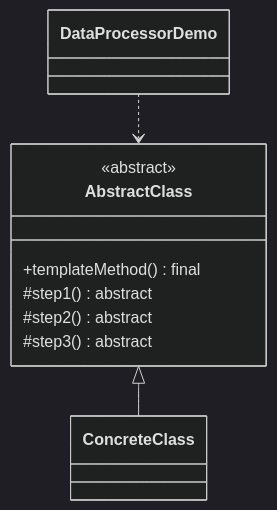
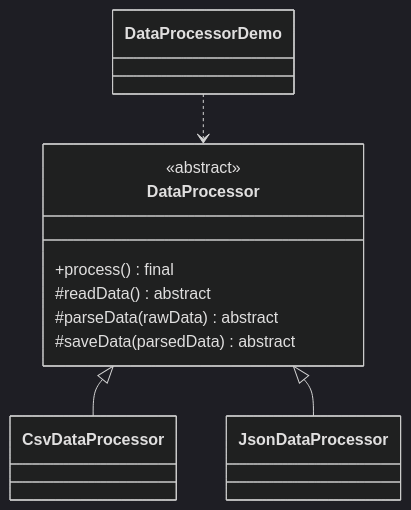
One commit to JulianZhuCode/23-design-pattern changed the second of 2 diagrams in design-patternz/src/main/java/com/zhuzz/design/patternz/templatemethod/dataprocessor/README.zh.md. Above: the diagram before and after it, drawn with Mermaid (dark theme). The commit also changed other lines of this file and 19 other files, not shown here.

````diff
--- a/design-patternz/src/main/java/com/zhuzz/design/patternz/templatemethod/dataprocessor/README.zh.md
+++ b/design-patternz/src/main/java/com/zhuzz/design/patternz/templatemethod/dataprocessor/README.zh.md
@@ -34,15 +35,17 @@
 ```mermaid
 classDiagram
-    class AbstractClass {
+    class DataProcessor {
         <<abstract>>
-        +templateMethod() final
-        #step1() abstract
-        #step2() abstract
-        #step3() abstract
+        +process() final
+        #readData() abstract
+        #parseData(rawData) abstract
+        #saveData(parsedData) abstract
     }
-    class ConcreteClass
+    class CsvDataProcessor
+    class JsonDataProcessor
     class DataProcessorDemo
 
-    AbstractClass <|-- ConcreteClass
-    DataProcessorDemo ..> AbstractClass
+    DataProcessor <|-- CsvDataProcessor
+    DataProcessor <|-- JsonDataProcessor
+    DataProcessorDemo ..> DataProcessor
 ```
````
